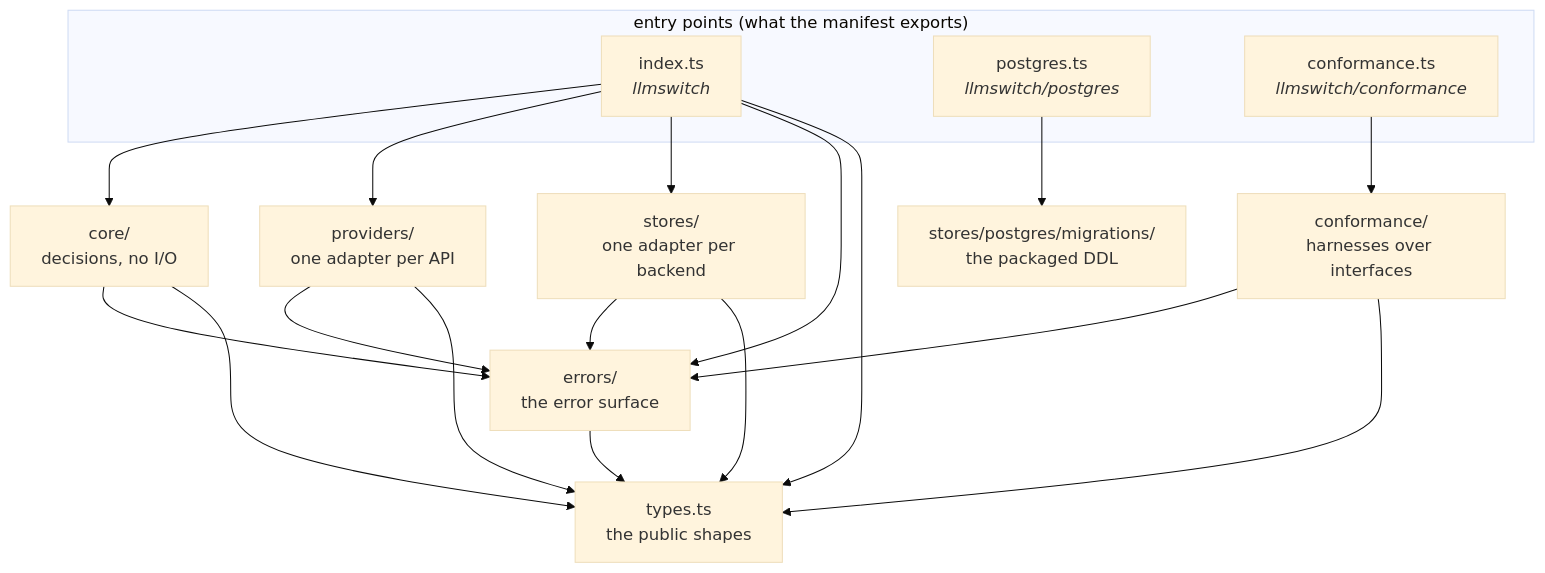
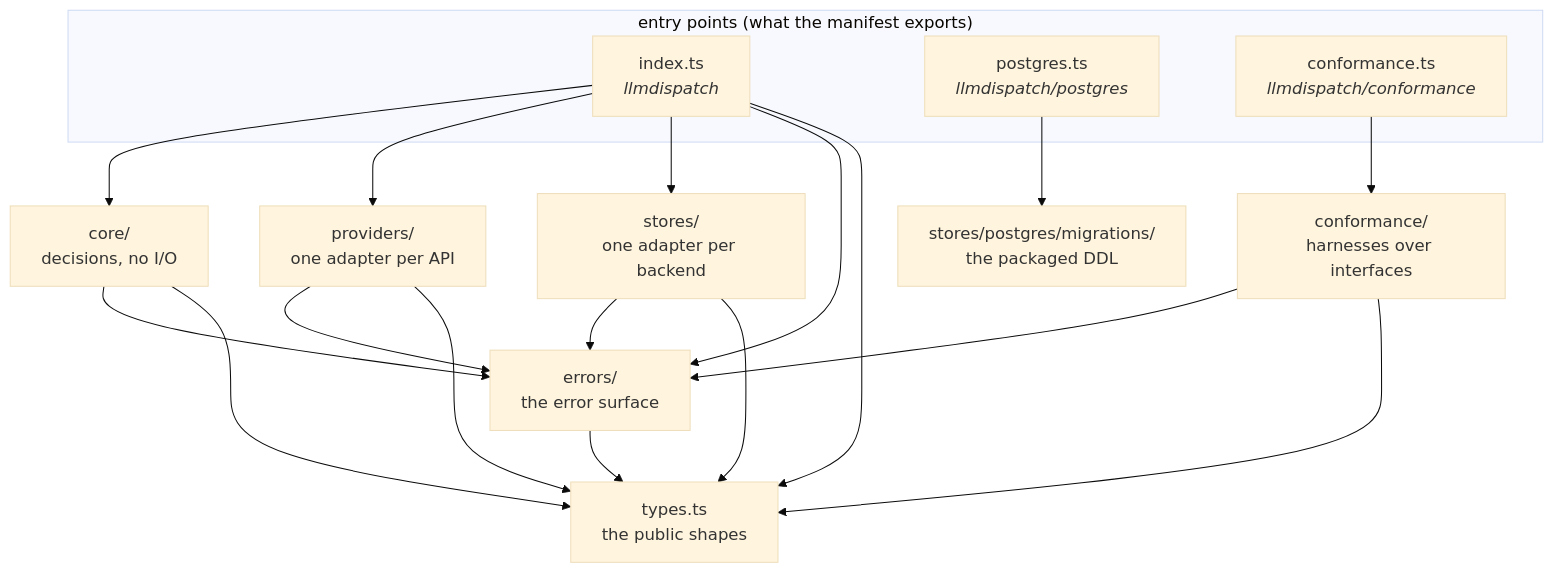
The diagram in docs/architecture.md (parvezrob/llmdispatch), drawn with Mermaid (base theme) before and after one commit. The commit also changed other lines of this file and 97 other files, not shown here.

````diff
--- a/docs/architecture.md
+++ b/docs/architecture.md
@@ -12,32 +12,32 @@
 ```mermaid
 graph TD
   subgraph entries["entry points (what the manifest exports)"]
-    root["index.ts<br/><i>llmswitch</i>"]
-    pg["postgres.ts<br/><i>llmswitch/postgres</i>"]
-    conf["conformance.ts<br/><i>llmswitch/conformance</i>"]
+    root["index.ts<br/><i>llmdispatch</i>"]
+    pg["postgres.ts<br/><i>llmdispatch/postgres</i>"]
+    conf["conformance.ts<br/><i>llmdispatch/conformance</i>"]
   end
 
   core["core/<br/>decisions, no I/O"]
   providers["providers/<br/>one adapter per API"]
   stores["stores/<br/>one adapter per backend"]
   suites["conformance/<br/>harnesses over interfaces"]
   errors["errors/<br/>the error surface"]
   types["types.ts<br/>the public shapes"]
 
   root --> core
   root --> providers
   root --> stores
   root --> errors
   root --> types
   pg --> migrations["stores/postgres/migrations/<br/>the packaged DDL"]
   conf --> suites
   core --> errors
   providers --> errors
   stores --> errors
   suites --> errors
   core --> types
   providers --> types
   stores --> types
   suites --> types
   errors --> types
 ```
````
